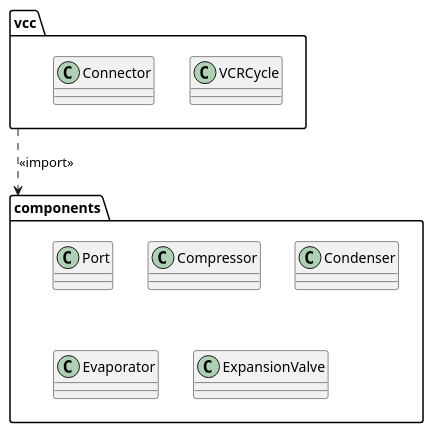
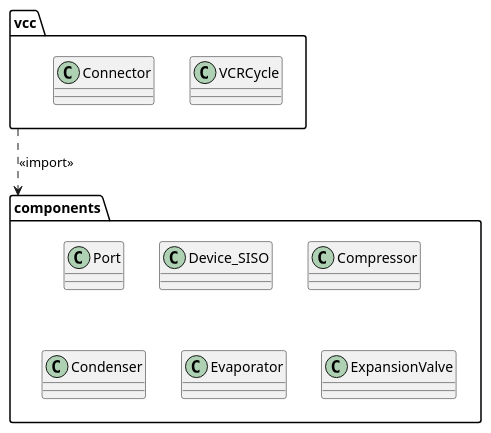
One commit to thermalogic/SimVCCE changed the fifth of 5 diagrams in doc/PlantUML_Class.md. Above: the diagram before and after it, drawn with PlantUML. The commit also changed other lines of this file and 54 other files, not shown here.

````diff
--- a/doc/PlantUML_Class.md
+++ b/doc/PlantUML_Class.md
@@ -111,17 +136,18 @@
 ```puml
 @startuml
 package components {
   class Port
+  class Device_SISO
   class Compressor
   class Condenser
   class Evaporator
   class ExpansionValve
 }
 package vcc {
   class VCRCycle   
   class Connector 
 
 }
 vcc ..> components : <<import>>
 @enduml
 ```
````
